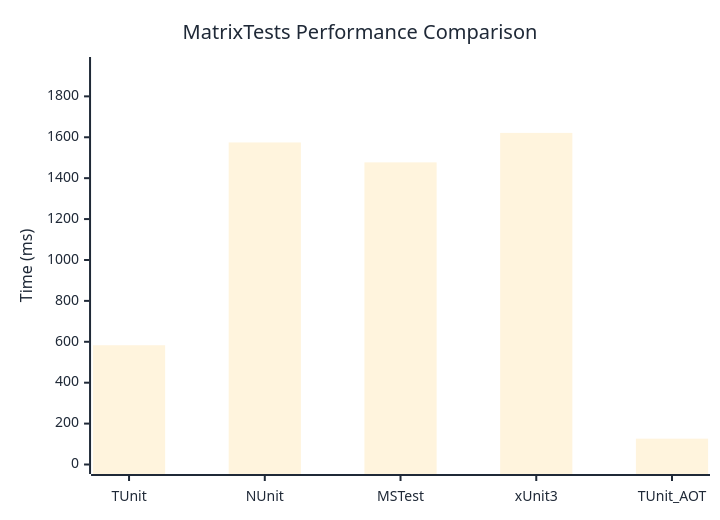
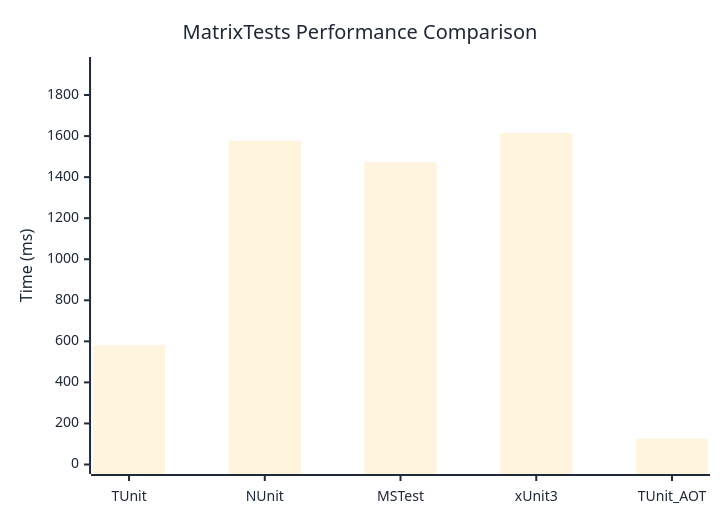
One commit to thomhurst/TUnit changed the diagram in docs/docs/benchmarks/MatrixTests.md. Above: the diagram before and after it, drawn with Mermaid. The commit also changed other lines of this file and 17 other files, not shown here.

````diff
--- a/docs/docs/benchmarks/MatrixTests.md
+++ b/docs/docs/benchmarks/MatrixTests.md
@@ -27,37 +27,37 @@
 ```mermaid
 %%{init: {
   'theme':'base',
   'themeVariables': {
     'primaryColor': '#2563eb',
     'primaryTextColor': '#1f2937',
     'primaryBorderColor': '#1e40af',
     'lineColor': '#6b7280',
     'secondaryColor': '#7c3aed',
     'tertiaryColor': '#dc2626',
     'background': '#ffffff',
     'mainBkg': '#2563eb',
     'secondBkg': '#7c3aed',
     'tertiaryBkg': '#dc2626',
     'clusterBkg': '#f3f4f6',
     'edgeLabelBackground': '#ffffff',
     'tertiaryTextColor': '#1f2937',
     'pie1': '#2563eb',
     'pie2': '#7c3aed',
     'pie3': '#dc2626',
     'pie4': '#f59e0b',
     'pie5': '#10b981',
     'pie6': '#06b6d4',
     'pie7': '#ec4899',
     'pie8': '#6366f1',
     'pie9': '#84cc16',
     'pie10': '#f97316',
     'pie11': '#14b8a6',
     'pie12': '#a855f7'
   }
 }}%%
 xychart-beta
   title "MatrixTests Performance Comparison"
   x-axis ["TUnit", "NUnit", "MSTest", "xUnit3", "TUnit_AOT"]
-  y-axis "Time (ms)" 0 --> 1946
-  bar [583.1, 1574.6, 1477.3, 1621.3, 126.3]
+  y-axis "Time (ms)" 0 --> 1939
+  bar [581.2, 1577.4, 1473.2, 1615.7, 125.9]
 ```
````
